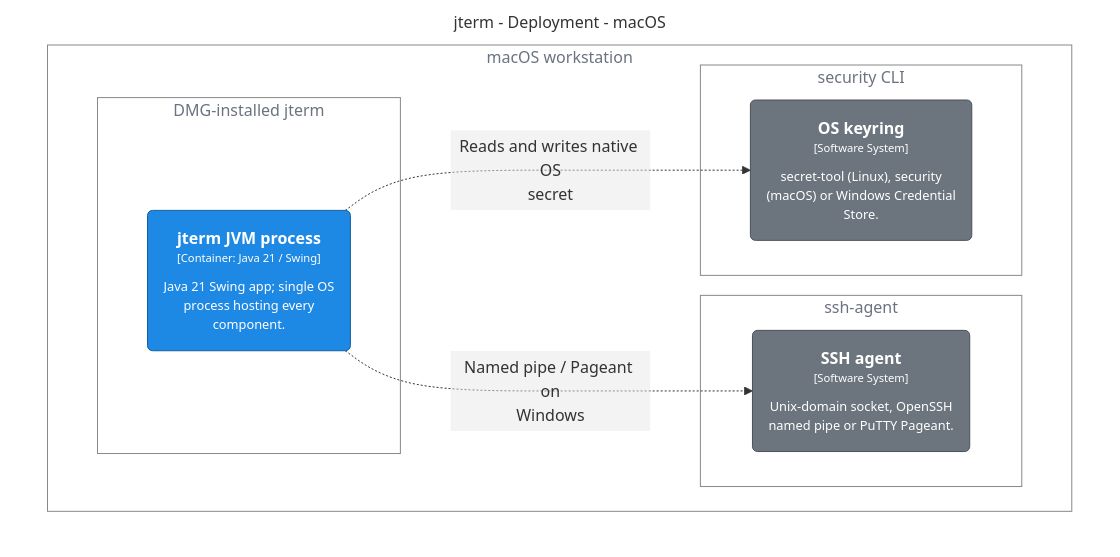
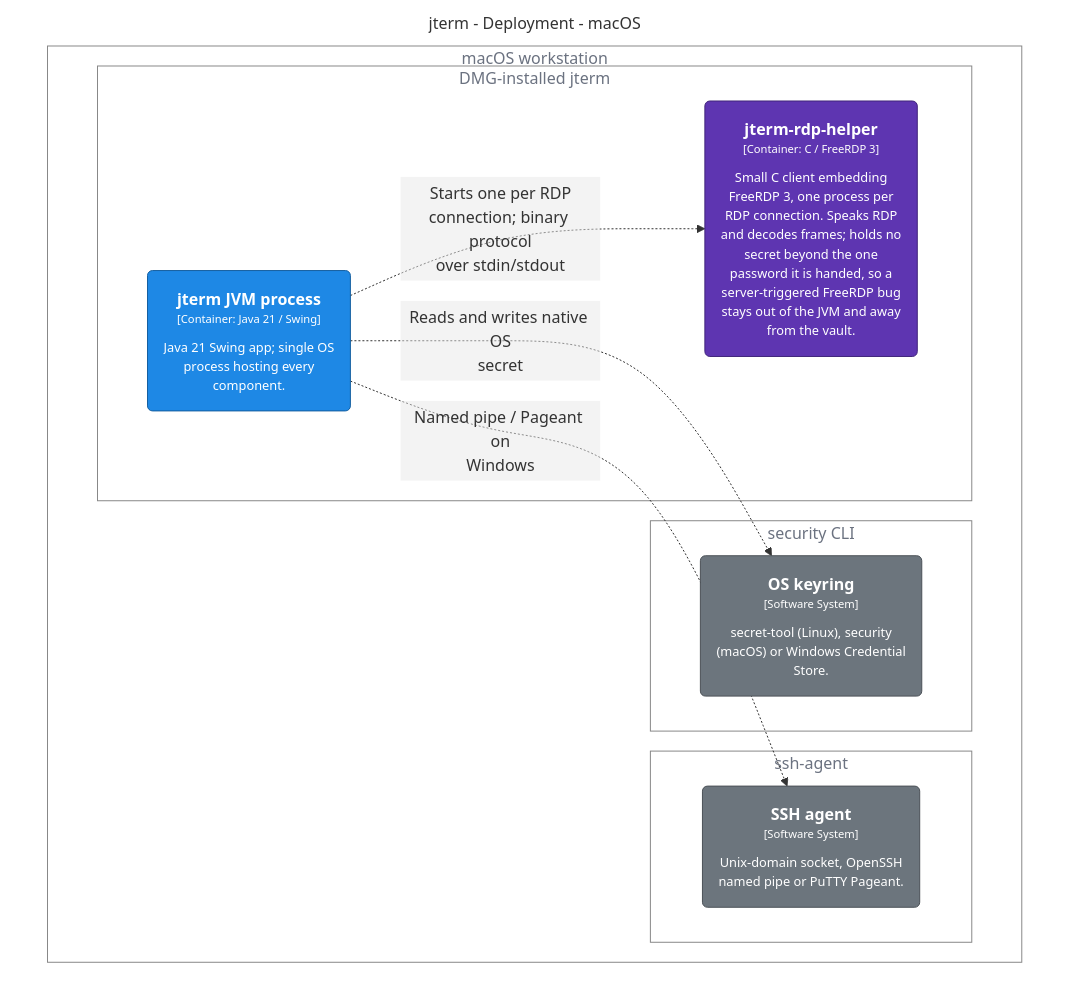
Before and after one commit to drecaise/jterm: the diagram in docs/architecture/model/generated/deployment-macos.mmd, drawn with Mermaid. The commit also changed 238 other files, not shown here.

```diff
--- a/docs/architecture/model/generated/deployment-macos.mmd
+++ b/docs/architecture/model/generated/deployment-macos.mmd
@@ -1,40 +1,43 @@
 ---
 config:
   flowchart:
     padding: 16
 ---
 %%{init: {'theme':'base','themeVariables':{'edgeLabelBackground':'transparent','lineColor':'#8b95a1','fontFamily':'-apple-system,BlinkMacSystemFont,"Segoe UI",Roboto,Helvetica,Arial,sans-serif','fontSize':'14px'},'flowchart':{'curve':'basis','useMaxWidth':true}}}%%
 graph TB
 
   subgraph diagram ["jterm - Deployment - macOS"]
     style diagram fill:transparent,stroke:transparent
 
-    subgraph 124 [macOS workstation]
-      style 124 fill:transparent,stroke:#888888,color:#6b7280
+    subgraph 167 [macOS workstation]
+      style 167 fill:transparent,stroke:#888888,color:#6b7280
 
-      subgraph 125 [DMG-installed jterm]
-        style 125 fill:transparent,stroke:#888888,color:#6b7280
+      subgraph 168 [DMG-installed jterm]
+        style 168 fill:transparent,stroke:#888888,color:#6b7280
 
-        126("<div style='font-weight: bold'>jterm JVM process</div><div style='font-size: 70%; margin-top: 0px'>[Container: Java 21 / Swing]</div><div style='font-size: 80%; margin-top:10px'>Java 21 Swing app; single OS<br />process hosting every<br />component.</div>")
-        style 126 fill:#1e88e5,stroke:#155fa0,color:#ffffff
+        169("<div style='font-weight: bold'>jterm JVM process</div><div style='font-size: 70%; margin-top: 0px'>[Container: Java 21 / Swing]</div><div style='font-size: 80%; margin-top:10px'>Java 21 Swing app; single OS<br />process hosting every<br />component.</div>")
+        style 169 fill:#1e88e5,stroke:#155fa0,color:#ffffff
+        170("<div style='font-weight: bold'>jterm-rdp-helper</div><div style='font-size: 70%; margin-top: 0px'>[Container: C / FreeRDP 3]</div><div style='font-size: 80%; margin-top:10px'>Small C client embedding<br />FreeRDP 3, one process per<br />RDP connection. Speaks RDP<br />and decodes frames; holds no<br />secret beyond the one<br />password it is handed, so a<br />server-triggered FreeRDP bug<br />stays out of the JVM and away<br />from the vault.</div>")
+        style 170 fill:#5e35b1,stroke:#41257b,color:#ffffff
       end
 
-      subgraph 127 [security CLI]
-        style 127 fill:transparent,stroke:#888888,color:#6b7280
+      subgraph 172 [security CLI]
+        style 172 fill:transparent,stroke:#888888,color:#6b7280
 
-        128("<div style='font-weight: bold'>OS keyring</div><div style='font-size: 70%; margin-top: 0px'>[Software System]</div><div style='font-size: 80%; margin-top:10px'>secret-tool (Linux), security<br />(macOS) or Windows Credential<br />Store.</div>")
-        style 128 fill:#6c757d,stroke:#4b5157,color:#ffffff
+        173("<div style='font-weight: bold'>OS keyring</div><div style='font-size: 70%; margin-top: 0px'>[Software System]</div><div style='font-size: 80%; margin-top:10px'>secret-tool (Linux), security<br />(macOS) or Windows Credential<br />Store.</div>")
+        style 173 fill:#6c757d,stroke:#4b5157,color:#ffffff
       end
 
-      subgraph 130 [ssh-agent]
-        style 130 fill:transparent,stroke:#888888,color:#6b7280
+      subgraph 175 [ssh-agent]
+        style 175 fill:transparent,stroke:#888888,color:#6b7280
 
-        131("<div style='font-weight: bold'>SSH agent</div><div style='font-size: 70%; margin-top: 0px'>[Software System]</div><div style='font-size: 80%; margin-top:10px'>Unix-domain socket, OpenSSH<br />named pipe or PuTTY Pageant.</div>")
-        style 131 fill:#6c757d,stroke:#4b5157,color:#ffffff
+        176("<div style='font-weight: bold'>SSH agent</div><div style='font-size: 70%; margin-top: 0px'>[Software System]</div><div style='font-size: 80%; margin-top:10px'>Unix-domain socket, OpenSSH<br />named pipe or PuTTY Pageant.</div>")
+        style 176 fill:#6c757d,stroke:#4b5157,color:#ffffff
       end
 
     end
 
-    126-. "<div style='padding:4px 8px'><div>Reads and writes native OS<br />secret</div><div style='font-size: 70%'></div></div>" .->128
-    126-. "<div style='padding:4px 8px'><div>Named pipe / Pageant on<br />Windows</div><div style='font-size: 70%'></div></div>" .->131
+    169-. "<div style='padding:4px 8px'><div>Starts one per RDP<br />connection; binary protocol<br />over stdin/stdout</div><div style='font-size: 70%'></div></div>" .->170
+    169-. "<div style='padding:4px 8px'><div>Reads and writes native OS<br />secret</div><div style='font-size: 70%'></div></div>" .->173
+    169-. "<div style='padding:4px 8px'><div>Named pipe / Pageant on<br />Windows</div><div style='font-size: 70%'></div></div>" .->176
   end
```
